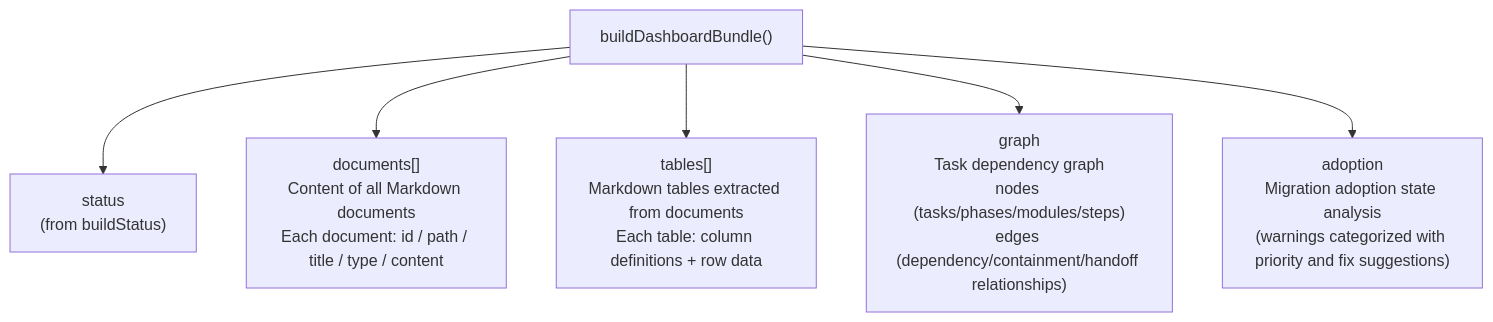
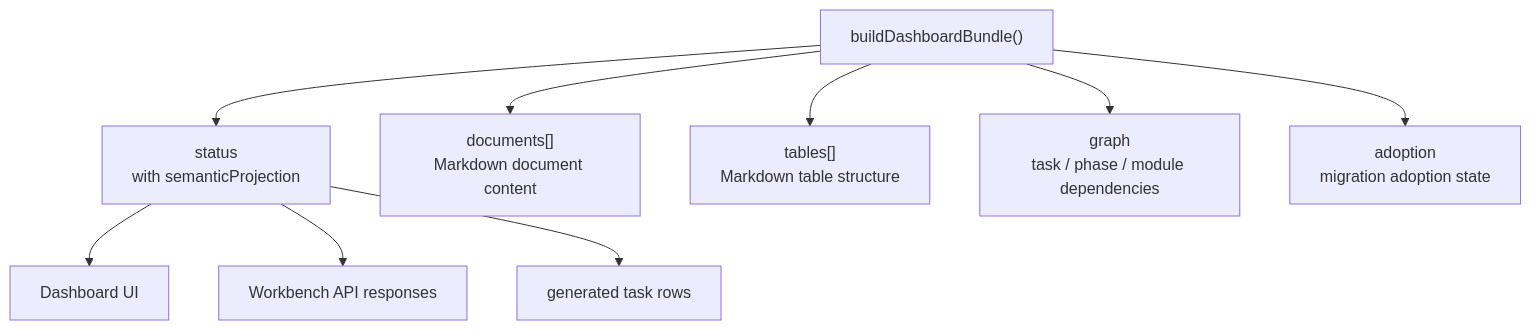
The seventh of 8 diagrams in docs-release/architecture/system-explainer/en-US/05-data-flow.md (FairladyZ625/coding-agent-harness), drawn with Mermaid before and after one commit. The commit also changed other lines of this file and 13 other files, not shown here.

Commit message:
docs: align release architecture docs

````diff
--- a/docs-release/architecture/system-explainer/en-US/05-data-flow.md
+++ b/docs-release/architecture/system-explainer/en-US/05-data-flow.md
@@ -139,10 +147,13 @@
 ```mermaid
 flowchart TD
   Bundle["buildDashboardBundle()"]
+  Bundle --> Status["status\nwith semanticProjection"]
+  Bundle --> Documents["documents[]\nMarkdown document content"]
+  Bundle --> Tables["tables[]\nMarkdown table structure"]
+  Bundle --> Graph["graph\ntask / phase / module dependencies"]
+  Bundle --> Adoption["adoption\nmigration adoption state"]
 
-  Bundle --> Status["status\n(from buildStatus)"]
-  Bundle --> Documents["documents[]\nContent of all Markdown documents\nEach document: id / path / title / type / content"]
-  Bundle --> Tables["tables[]\nMarkdown tables extracted from documents\nEach table: column definitions + row data"]
-  Bundle --> Graph["graph\nTask dependency graph\nnodes (tasks/phases/modules/steps)\nedges (dependency/containment/handoff relationships)"]
-  Bundle --> Adoption["adoption\nMigration adoption state analysis\n(warnings categorized with priority and fix suggestions)"]
+  Status --> UI["Dashboard UI"]
+  Status --> Workbench["Workbench API responses"]
+  Status --> Generated["generated task rows"]
 ```
````
